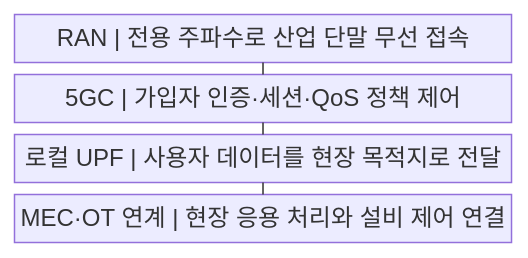
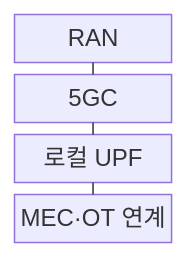
Before and after one commit to agnusdei1207/knowledge-base: the first of 2 diagrams in src/content/docs/notes/04-network/041_private_5g_local_5g.md, drawn with Mermaid. The commit also changed 122 other files, not shown here.

````diff
--- a/src/content/docs/notes/04-network/041_private_5g_local_5g.md
+++ b/src/content/docs/notes/04-network/041_private_5g_local_5g.md
@@ -59,11 +59,11 @@
 ```mermaid
-block
+block-beta
     columns 1
-    A["RAN | 전용 주파수로 산업 단말 무선 접속"]
-    B["5GC | 가입자 인증·세션·QoS 정책 제어"]
-    C["로컬 UPF | 사용자 데이터를 현장 목적지로 전달"]
-    D["MEC·OT 연계 | 현장 응용 처리와 설비 제어 연결"]
+    A["RAN"]
+    B["5GC"]
+    C["로컬 UPF"]
+    D["MEC·OT 연계"]
     A --- B
     B --- C
     C --- D
 ```
````
